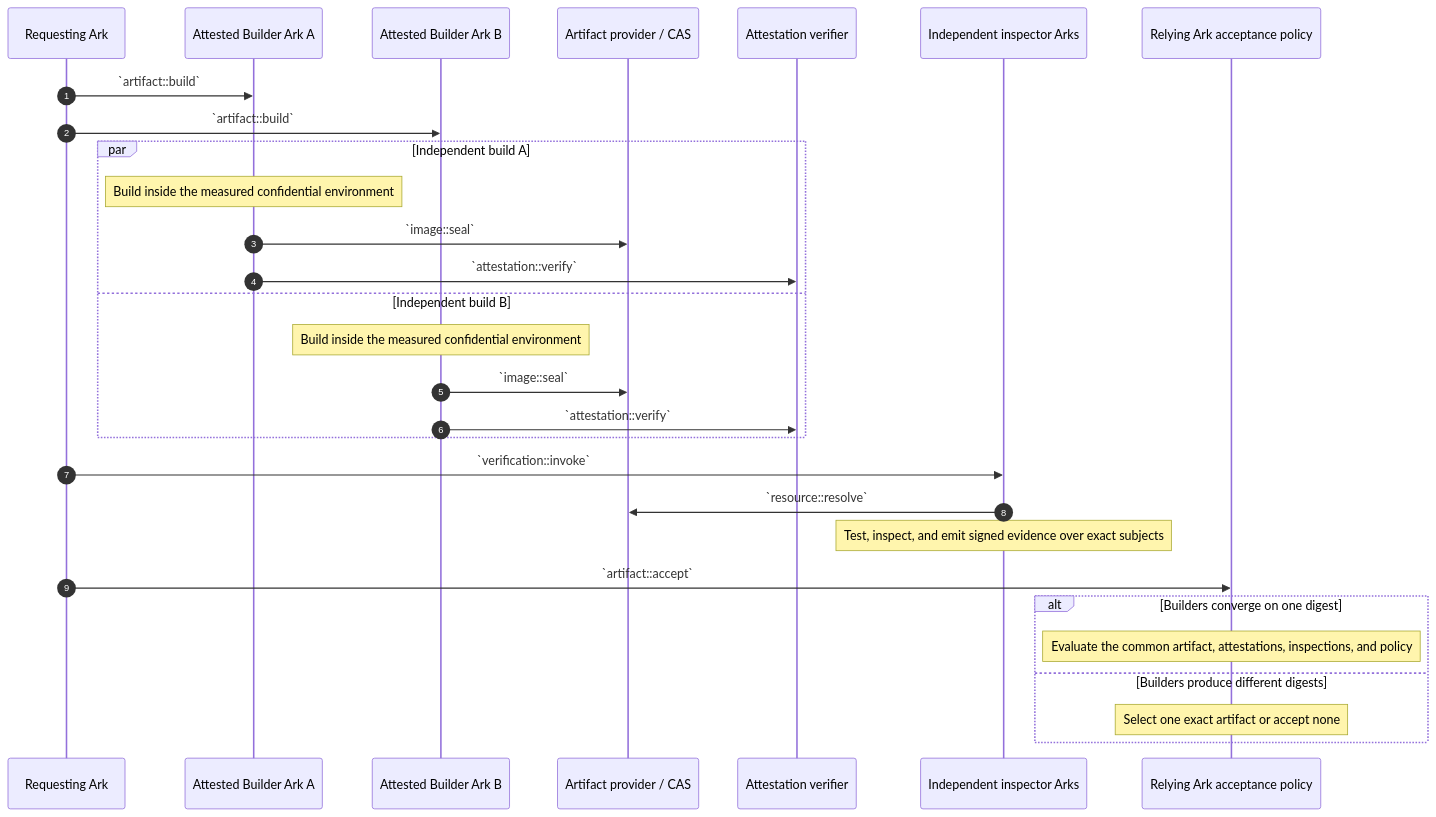
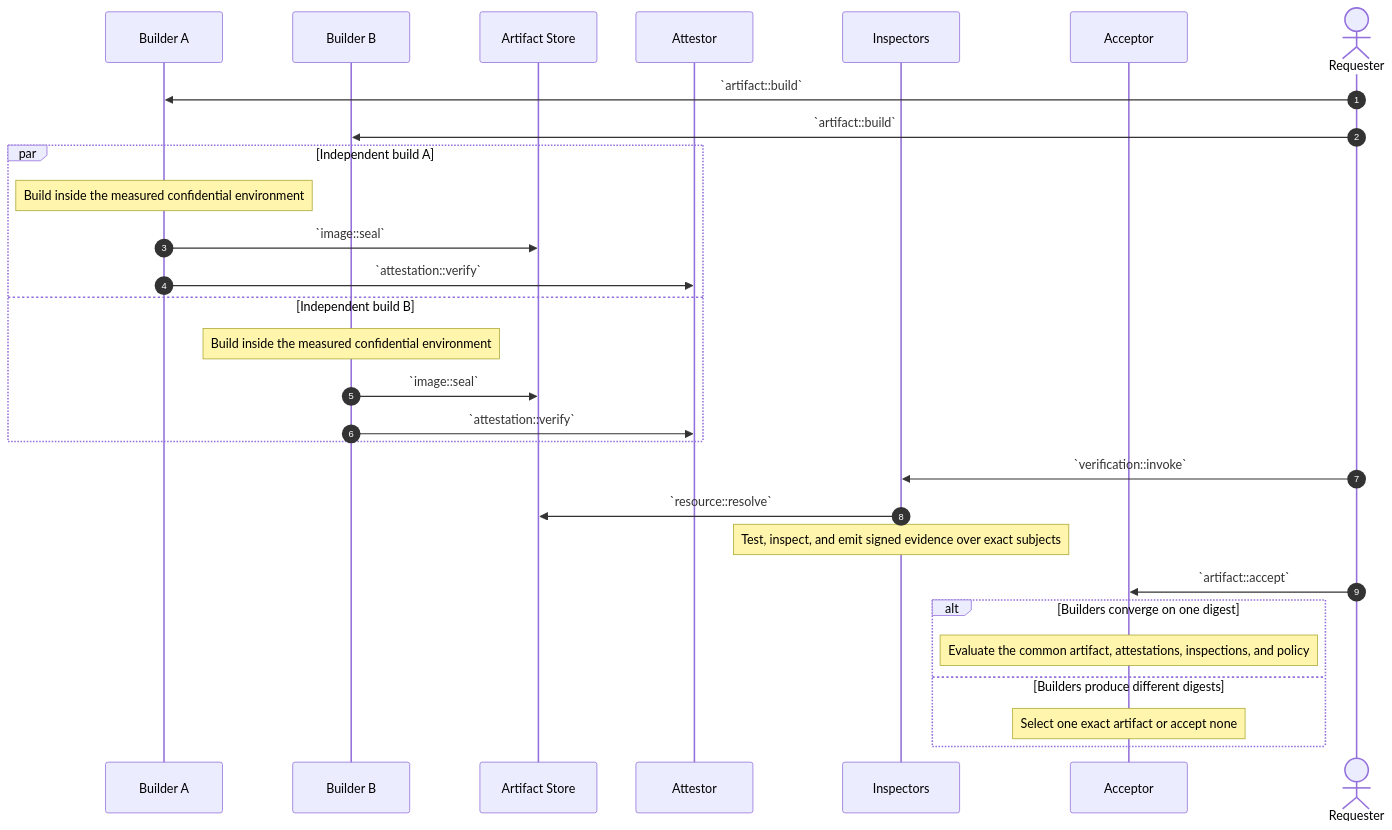
Before and after one commit to dreamcatcher-tech/chambers-lifecycle-explorer: the ninth of 12 diagrams in source/chambers-lifecycle-sequences.md, drawn with Mermaid. The commit also changed other lines of this file and 7 other files, not shown here.

````diff
--- a/source/chambers-lifecycle-sequences.md
+++ b/source/chambers-lifecycle-sequences.md
@@ -753,35 +893,34 @@
 ```mermaid
 sequenceDiagram
     autonumber
-    participant Requester as Requesting Ark
-    participant BuilderA as Attested Builder Ark A
-    participant BuilderB as Attested Builder Ark B
-    participant CAS as Artifact provider / CAS
-    participant Attestation as Attestation verifier
-    participant Inspectors as Independent inspector Arks
-    participant Acceptor as Relying Ark acceptance policy
-
+    participant BuilderA as Builder A
+    participant BuilderB as Builder B
+    participant CAS as Artifact Store
+    participant Attestation as Attestor
+    participant Inspectors
+    participant Acceptor
+    actor Requester
     Requester->>BuilderA: `artifact::build`
     Requester->>BuilderB: `artifact::build`
 
     par Independent build A
         Note over BuilderA: Build inside the measured confidential environment
         BuilderA->>CAS: `image::seal`
         BuilderA->>Attestation: `attestation::verify`
     and Independent build B
         Note over BuilderB: Build inside the measured confidential environment
         BuilderB->>CAS: `image::seal`
         BuilderB->>Attestation: `attestation::verify`
     end
 
     Requester->>Inspectors: `verification::invoke`
     Inspectors->>CAS: `resource::resolve`
     Note over Inspectors: Test, inspect, and emit signed evidence over exact subjects
 
     Requester->>Acceptor: `artifact::accept`
     alt Builders converge on one digest
         Note over Acceptor: Evaluate the common artifact, attestations, inspections, and policy
     else Builders produce different digests
         Note over Acceptor: Select one exact artifact or accept none
     end
 ```
````
